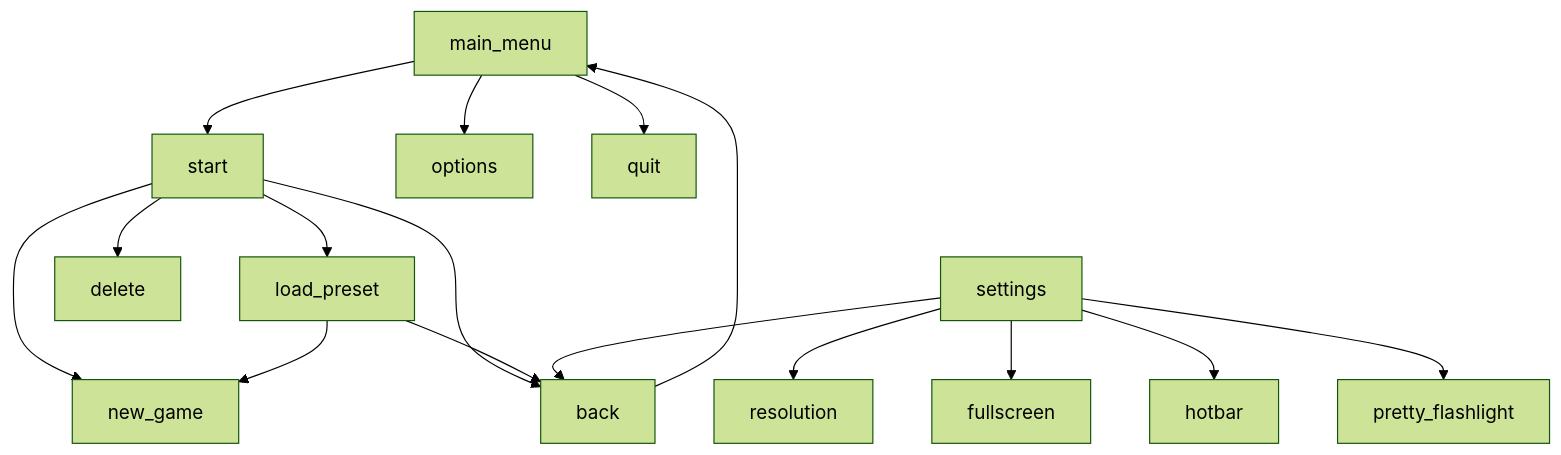
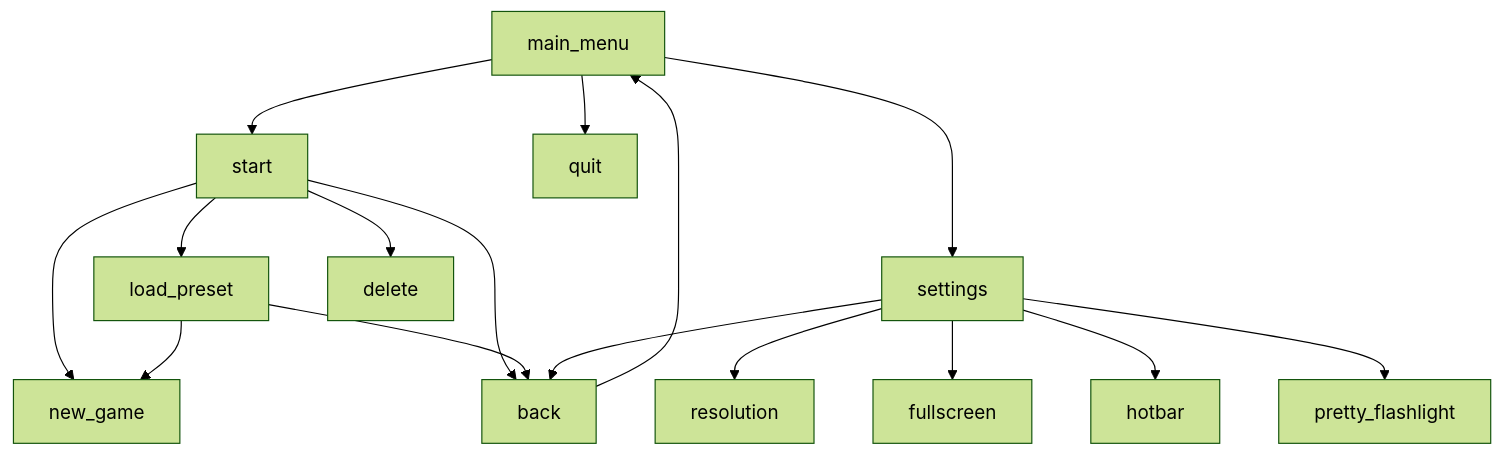
The diagram in README.md (Hohenzoler/optyka), drawn with Mermaid (forest theme) before and after one commit.

````diff
--- a/README.md
+++ b/README.md
@@ -63,18 +63,18 @@
 ```mermaid
 graph TD;
     main_menu-->start;
-    main_menu-->options;
+    main_menu-->settings;
     main_menu-->quit;
     start-->new_game;
     start-->load_preset;
     start-->delete;
     start-->back;
     back-->main_menu;
     load_preset-->new_game;
     load_preset-->back;
     settings-->resolution;
     settings-->fullscreen;
     settings-->hotbar;
     settings-->pretty_flashlight;
     settings-->back;
 ```
````
